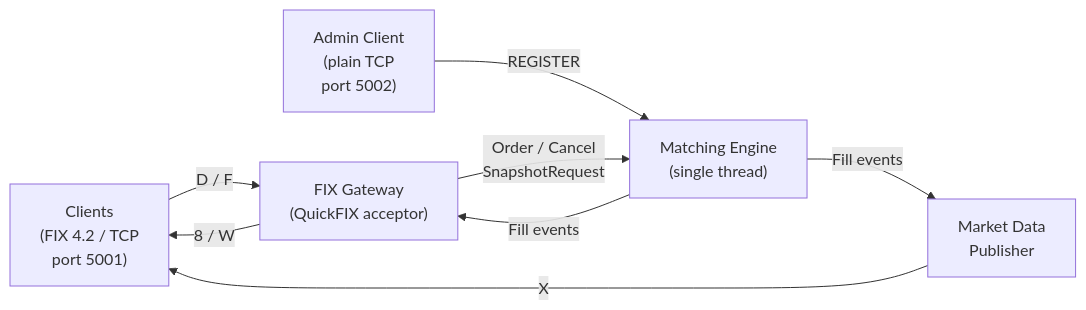
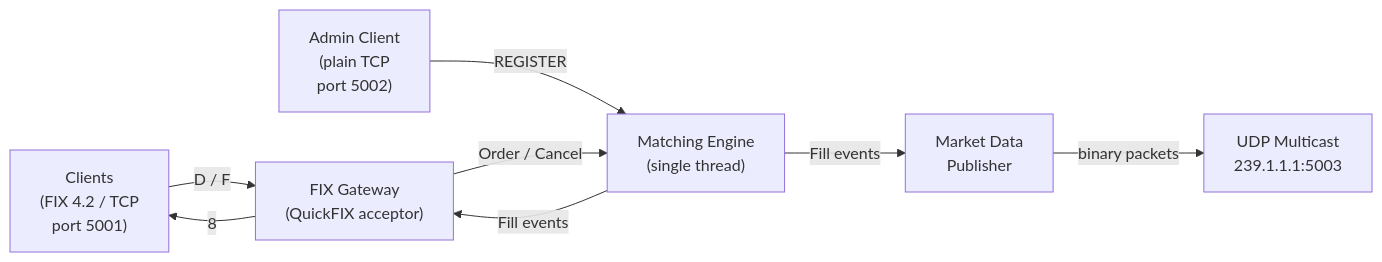
Before and after one commit to koralkulacoglu/fix-exchange: the diagram in README.md, drawn with Mermaid. The commit also changed other lines of this file and 11 other files, not shown here.

First line of the commit message:
feat: replace FIX market data with UDP multicast feed

````diff
--- a/README.md
+++ b/README.md
@@ -11,16 +11,17 @@
 ```mermaid
 flowchart LR
     Clients["Clients\n(FIX 4.2 / TCP\nport 5001)"]
     Admin["Admin Client\n(plain TCP\nport 5002)"]
     GW["FIX Gateway\n(QuickFIX acceptor)"]
     ME["Matching Engine\n(single thread)"]
     MDP["Market Data\nPublisher"]
+    MCast["UDP Multicast\n239.1.1.1:5003"]
 
     Clients -->|"D / F"| GW
-    GW -->|"8 / W"| Clients
-    GW -->|"Order / Cancel\nSnapshotRequest"| ME
+    GW -->|"8"| Clients
+    GW -->|"Order / Cancel"| ME
     ME -->|"Fill events"| GW
     ME -->|"Fill events"| MDP
-    MDP -->|"X"| Clients
+    MDP -->|"binary packets"| MCast
     Admin -->|"REGISTER"| ME
 ```
````
